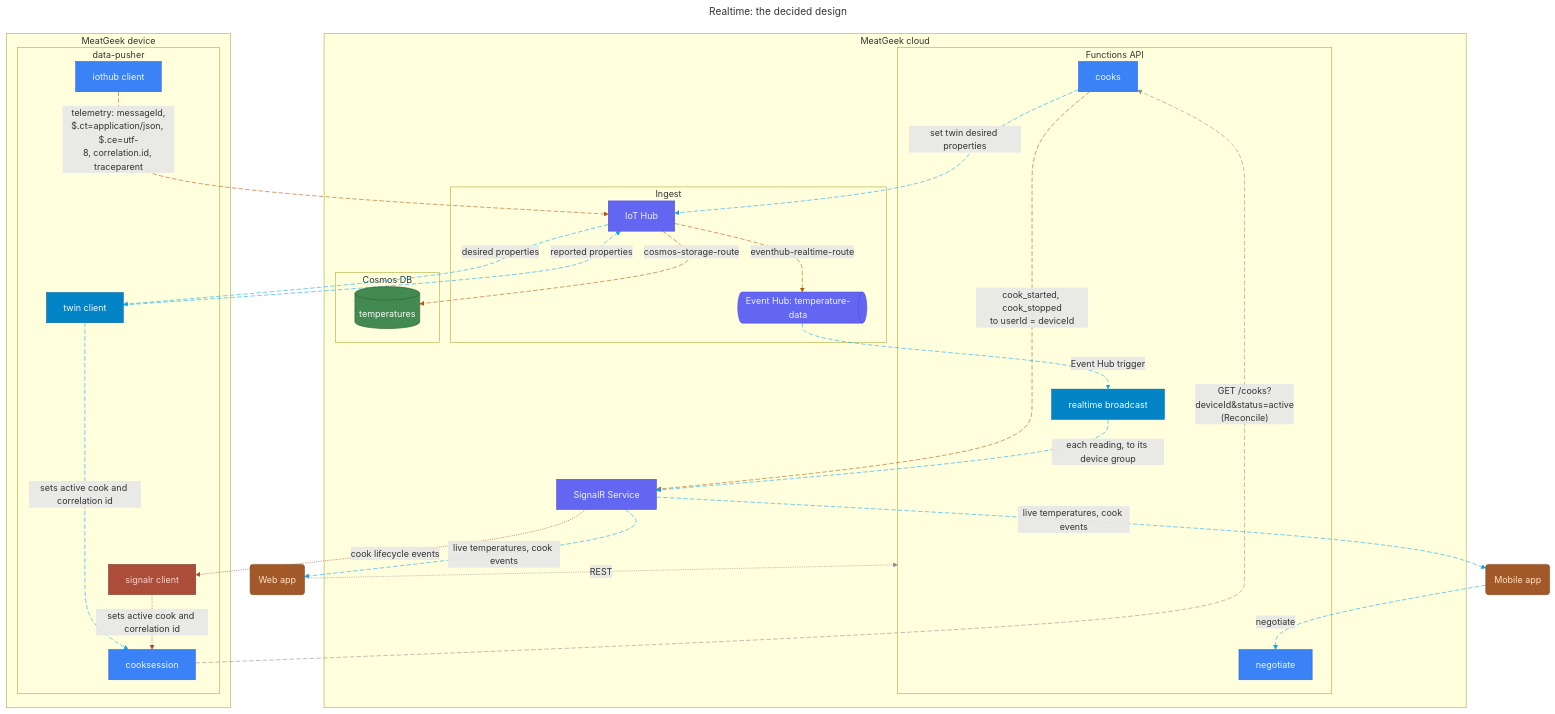
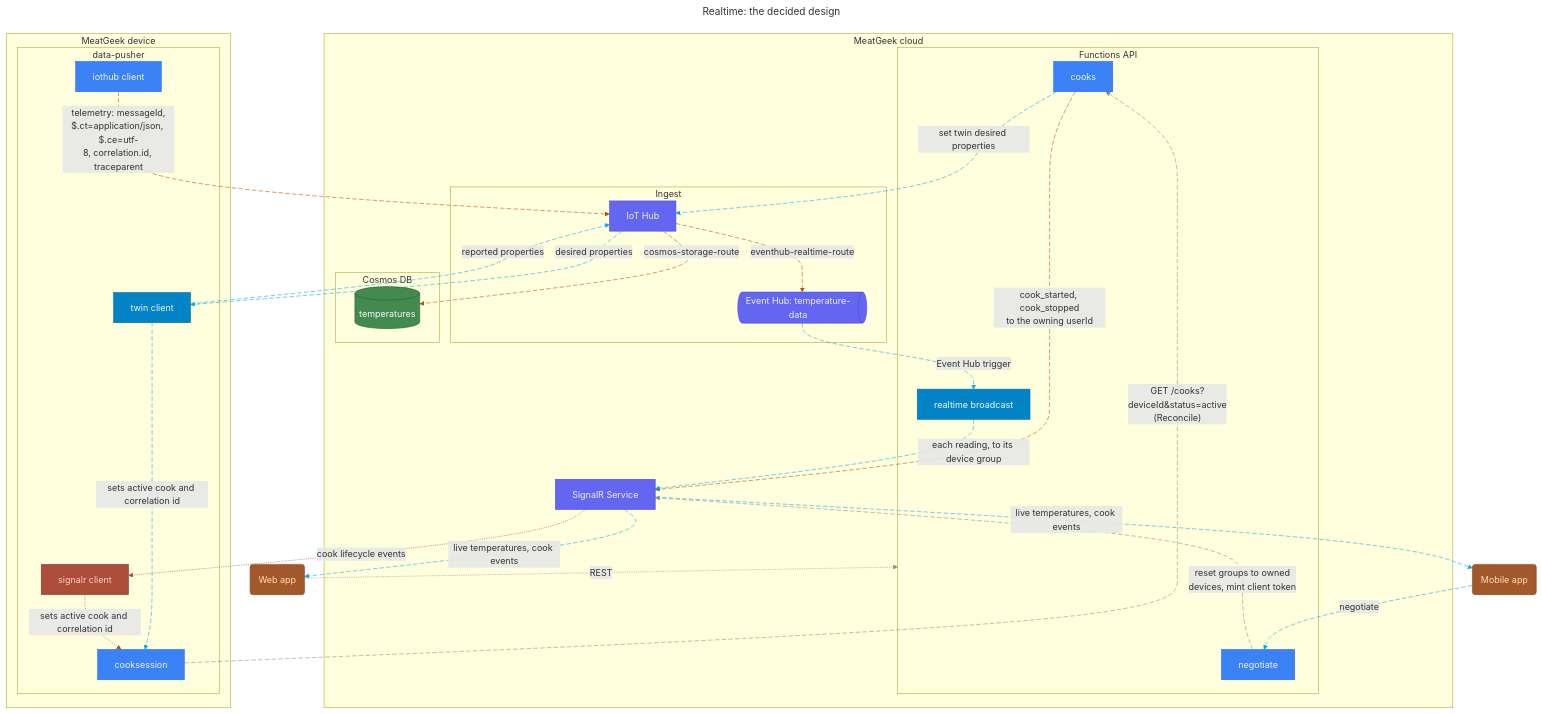
One commit to stevebargelt/meatgeekv2 changed diagram 17 of 19 in docs/architecture/diagrams.md. Above: the diagram before and after it, drawn with Mermaid. The commit also changed other lines of this file and 23 other files, not shown here.

First line of the commit message:
feat(api): HAR-57 negotiate scopes a SignalR connection to the caller's own devices, and cook events go to the owner

````diff
--- a/docs/architecture/diagrams.md
+++ b/docs/architecture/diagrams.md
@@ -1219,70 +1224,72 @@
 ```mermaid
 ---
 title: "Realtime: the decided design"
 ---
 graph TB
   subgraph MeatgeekCloud["`MeatGeek cloud`"]
     subgraph MeatgeekCloud.Api["`Functions API`"]
       MeatgeekCloud.Api.Cooks@{ shape: rectangle, label: "cooks" }
+      MeatgeekCloud.Api.Negotiate@{ shape: rectangle, label: "negotiate" }
       MeatgeekCloud.Api.Broadcast@{ shape: rectangle, label: "realtime broadcast" }
-      MeatgeekCloud.Api.Negotiate@{ shape: rectangle, label: "negotiate" }
     end
     subgraph MeatgeekCloud.Ingest["`Ingest`"]
       MeatgeekCloud.Ingest.Iothub@{ shape: rectangle, label: "IoT Hub" }
       MeatgeekCloud.Ingest.Eventhub@{ shape: horizontal-cylinder, label: "Event Hub: temperature-data" }
     end
     subgraph MeatgeekCloud.Data["`Cosmos DB`"]
       MeatgeekCloud.Data.Temperatures@{ shape: cylinder, label: "temperatures" }
     end
     MeatgeekCloud.Realtime@{ shape: rectangle, label: "SignalR Service" }
   end
   subgraph MeatgeekEdge["`MeatGeek device`"]
     subgraph MeatgeekEdge.Pusher["`data-pusher`"]
       MeatgeekEdge.Pusher.Iot@{ shape: rectangle, label: "iothub client" }
       MeatgeekEdge.Pusher.Twin@{ shape: rectangle, label: "twin client" }
       MeatgeekEdge.Pusher.Signalr@{ shape: rectangle, label: "signalr client" }
       MeatgeekEdge.Pusher.Session@{ shape: rectangle, label: "cooksession" }
     end
   end
   MeatgeekMobile@{ shape: rounded, label: "Mobile app" }
   MeatgeekWeb@{ shape: rounded, label: "Web app" }
   MeatgeekCloud.Api.Cooks -. "`set twin desired properties`" .-> MeatgeekCloud.Ingest.Iothub
   MeatgeekCloud.Ingest.Iothub -. "`eventhub-realtime-route`" .-> MeatgeekCloud.Ingest.Eventhub
   MeatgeekCloud.Ingest.Eventhub -. "`Event Hub trigger`" .-> MeatgeekCloud.Api.Broadcast
   MeatgeekCloud.Api.Cooks -. "`cook_started, cook_stopped
-to userId = deviceId`" .-> MeatgeekCloud.Realtime
+to the owning userId`" .-> MeatgeekCloud.Realtime
   MeatgeekCloud.Api.Broadcast -. "`each reading, to its device group`" .-> MeatgeekCloud.Realtime
+  MeatgeekCloud.Api.Negotiate -. "`reset groups to owned
+devices, mint client token`" .-> MeatgeekCloud.Realtime
   MeatgeekCloud.Ingest.Iothub -. "`desired properties`" .-> MeatgeekEdge.Pusher.Twin
   MeatgeekEdge.Pusher.Twin -. "`reported properties`" .-> MeatgeekCloud.Ingest.Iothub
   MeatgeekCloud.Realtime -. "`cook lifecycle events`" .-> MeatgeekEdge.Pusher.Signalr
   MeatgeekEdge.Pusher.Twin -. "`sets active cook and correlation id`" .-> MeatgeekEdge.Pusher.Session
   MeatgeekEdge.Pusher.Signalr -. "`sets active cook and correlation id`" .-> MeatgeekEdge.Pusher.Session
   MeatgeekEdge.Pusher.Session -. "`GET /cooks?
 deviceId&status=active
 (Reconcile)`" .-> MeatgeekCloud.Api.Cooks
   MeatgeekEdge.Pusher.Iot -. "`telemetry: messageId,
 $.ct=application/json, $.ce=utf-
 8, correlation.id, traceparent`" .-> MeatgeekCloud.Ingest.Iothub
   MeatgeekCloud.Ingest.Iothub -. "`cosmos-storage-route`" .-> MeatgeekCloud.Data.Temperatures
   MeatgeekCloud.Realtime -. "`live temperatures, cook events`" .-> MeatgeekMobile
   MeatgeekMobile -. "`negotiate`" .-> MeatgeekCloud.Api.Negotiate
   MeatgeekCloud.Realtime -. "`live temperatures, cook events`" .-> MeatgeekWeb
   MeatgeekWeb -. "`REST`" .-> MeatgeekCloud.Api
   classDef primary fill:#3b82f6,stroke:#2563eb,color:#eff6ff
-  class MeatgeekEdge.Pusher.Iot,MeatgeekCloud.Api.Cooks,MeatgeekEdge.Pusher.Session,MeatgeekCloud.Api.Negotiate primary
+  class MeatgeekEdge.Pusher.Iot,MeatgeekCloud.Api.Cooks,MeatgeekCloud.Api.Negotiate,MeatgeekEdge.Pusher.Session primary
   classDef indigo fill:#6366f1,stroke:#4f46e5,color:#eef2ff
   class MeatgeekCloud.Ingest.Iothub,MeatgeekCloud.Ingest.Eventhub,MeatgeekCloud.Realtime indigo
   classDef sky fill:#0284c7,stroke:#0369a1,color:#f0f9ff
   class MeatgeekCloud.Api.Broadcast,MeatgeekEdge.Pusher.Twin sky
   classDef green fill:#428a4f,stroke:#2d5d39,color:#f8fafc
   class MeatgeekCloud.Data.Temperatures green
   classDef amber fill:#A35829,stroke:#7E451D,color:#FFE0C2
   class MeatgeekMobile,MeatgeekWeb amber
   classDef red fill:#AC4D39,stroke:#853A2D,color:#FBD3CB
   class MeatgeekEdge.Pusher.Signalr red
-  linkStyle 0,2,4,5,6,8,13,14,15 stroke:#0ea5e9,stroke-dasharray:8 4
-  linkStyle 1,3,11,12 stroke:#b45309,stroke-dasharray:8 4
-  linkStyle 7,9 stroke:#AC4D39
-  linkStyle 10 stroke:#8D8D8D,stroke-dasharray:8 4
-  linkStyle 16 stroke:#8D8D8D
+  linkStyle 0,2,4,6,7,9,14,15,16 stroke:#0ea5e9,stroke-dasharray:8 4
+  linkStyle 1,3,12,13 stroke:#b45309,stroke-dasharray:8 4
+  linkStyle 5,11 stroke:#8D8D8D,stroke-dasharray:8 4
+  linkStyle 8,10 stroke:#AC4D39
+  linkStyle 17 stroke:#8D8D8D
 ```
````
